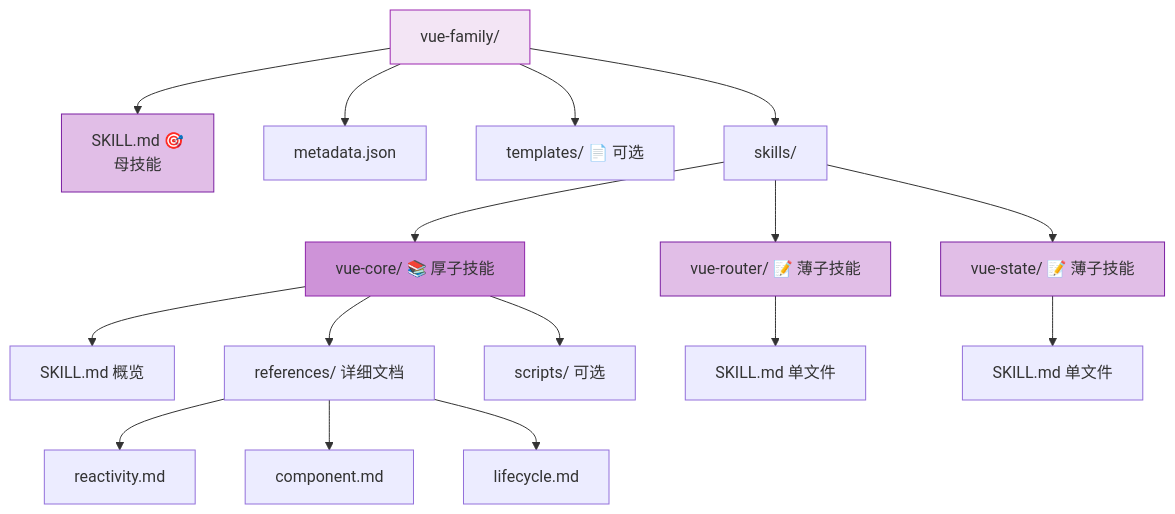
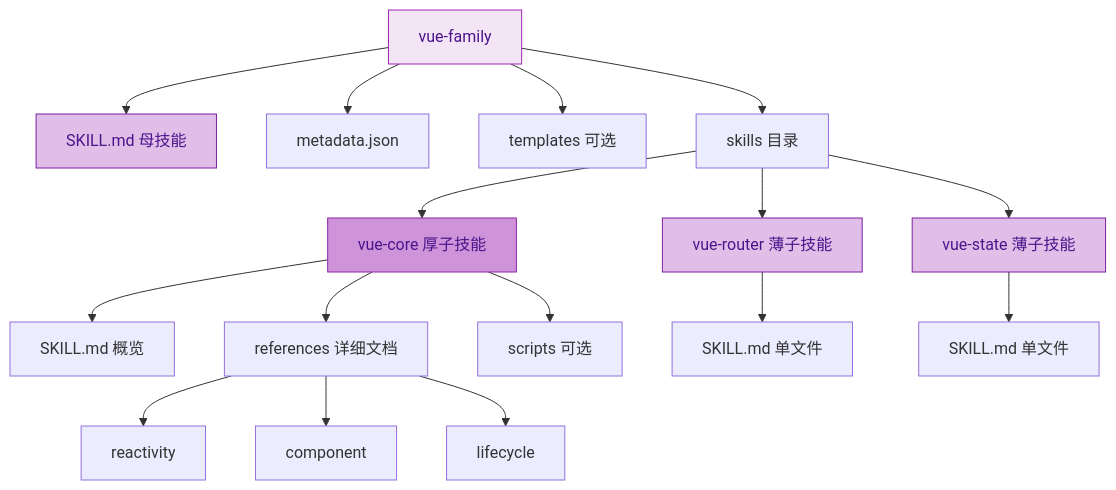
One commit to morning-start/coze-skills changed the tenth of 11 diagrams in skill-factory/SKILL.md. Above: the diagram before and after it, drawn with Mermaid. The commit also changed other lines of this file and 2 other files, not shown here.

First line of the commit message:
feat(skill-factory): 新增researcher阶段并升级版本至v9.0.0

````diff
--- a/skill-factory/SKILL.md
+++ b/skill-factory/SKILL.md
@@ -183,27 +285,27 @@
 ```mermaid
 graph TD
-    A["vue-family/"] --> B["SKILL.md 🎯<br/>母技能"]
-    A --> C["metadata.json"]
-    A --> D["templates/ 📄 可选"]
-    A --> E["skills/"]
+    A[vue-family] --> B[SKILL.md 母技能]
+    A --> C[metadata.json]
+    A --> D[templates 可选]
+    A --> E[skills 目录]
     
-    E --> F["vue-core/ 📚 厚子技能"]
-    E --> G["vue-router/ 📝 薄子技能"]
-    E --> H["vue-state/ 📝 薄子技能"]
+    E --> F[vue-core 厚子技能]
+    E --> G[vue-router 薄子技能]
+    E --> H[vue-state 薄子技能]
     
-    F --> F1["SKILL.md 概览"]
-    F --> F2["references/ 详细文档"]
-    F2 --> F2a["reactivity.md"]
-    F2 --> F2b["component.md"]
-    F2 --> F2c["lifecycle.md"]
-    F --> F3["scripts/ 可选"]
+    F --> F1[SKILL.md 概览]
+    F --> F2[references 详细文档]
+    F2 --> F2a[reactivity]
+    F2 --> F2b[component]
+    F2 --> F2c[lifecycle]
+    F --> F3[scripts 可选]
     
-    G --> G1["SKILL.md 单文件"]
-    H --> H1["SKILL.md 单文件"]
+    G --> G1[SKILL.md 单文件]
+    H --> H1[SKILL.md 单文件]
     
-    style A fill:#f3e5f5,stroke:#9c27b0
-    style B fill:#e1bee7,stroke:#7b1fa2
-    style F fill:#ce93d8,stroke:#8e24aa
-    style G fill:#e1bee7,stroke:#7b1fa2
-    style H fill:#e1bee7,stroke:#7b1fa2
+    style A fill:#f3e5f5,stroke:#9c27b0,color:#4a148c
+    style B fill:#e1bee7,stroke:#7b1fa2,color:#4a148c
+    style F fill:#ce93d8,stroke:#8e24aa,color:#4a148c
+    style G fill:#e1bee7,stroke:#7b1fa2,color:#4a148c
+    style H fill:#e1bee7,stroke:#7b1fa2,color:#4a148c
 ```
````
